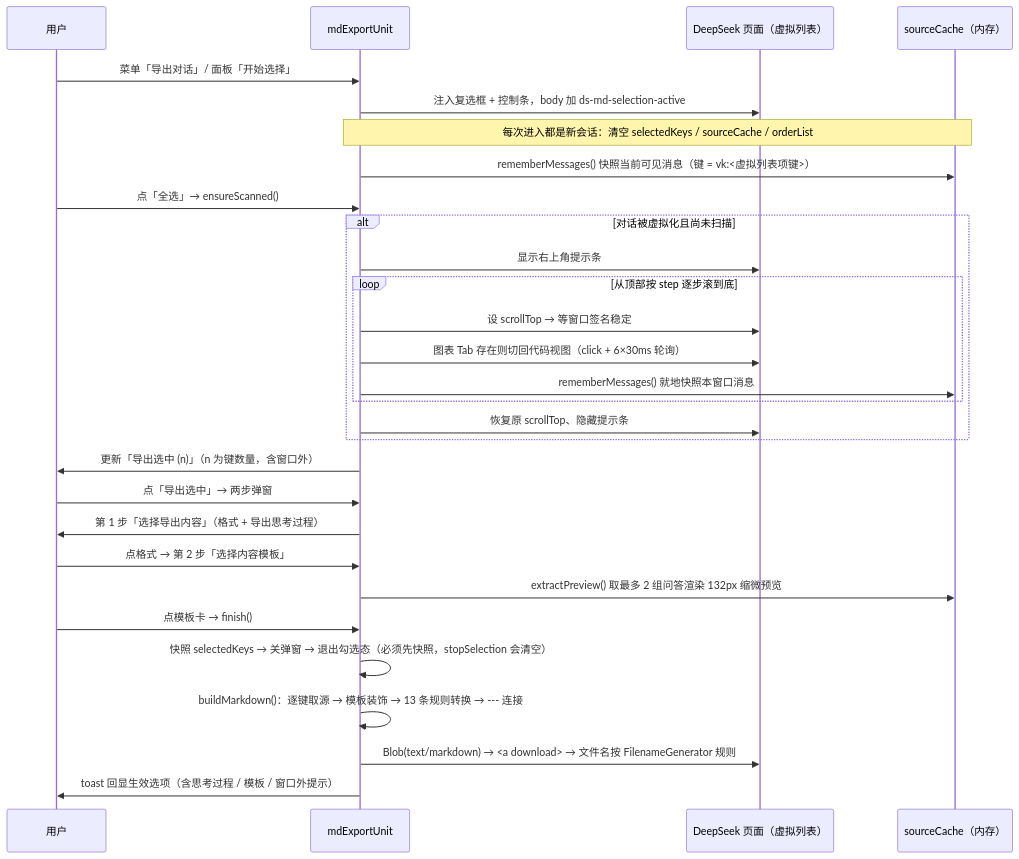
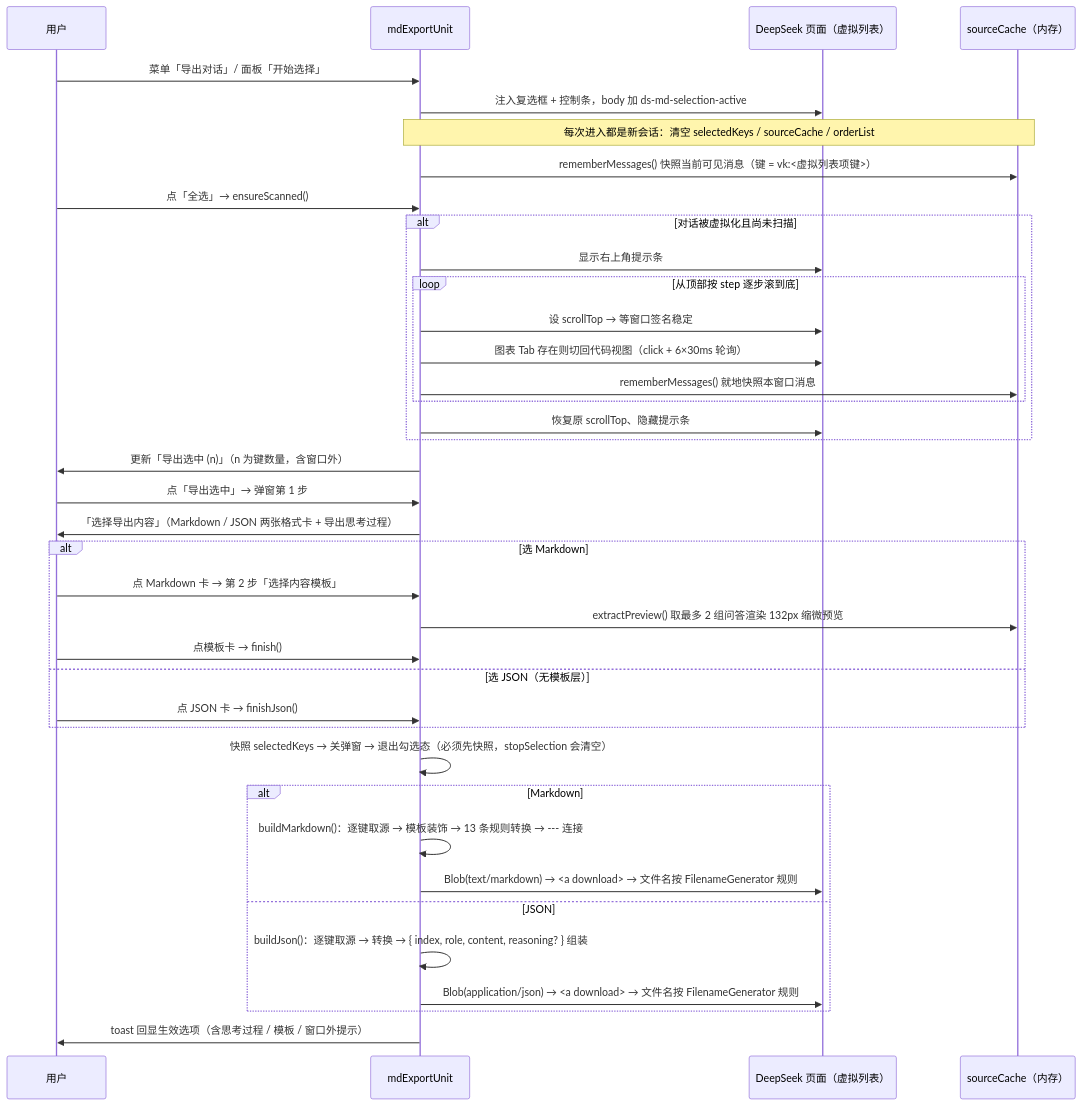
Before and after one commit to Chuc-Jie/deepseektool: the third of 4 diagrams in MAP.md, drawn with Mermaid. The commit also changed other lines of this file and 4 other files, not shown here.

````diff
--- a/MAP.md
+++ b/MAP.md
@@ -346,34 +367,43 @@
 ```mermaid
 sequenceDiagram
     participant U as 用户
     participant E as mdExportUnit
     participant P as DeepSeek 页面（虚拟列表）
     participant C as sourceCache（内存）
 
     U->>E: 菜单「导出对话」/ 面板「开始选择」
     E->>P: 注入复选框 + 控制条，body 加 ds-md-selection-active
     Note over E,C: 每次进入都是新会话：清空 selectedKeys / sourceCache / orderList
     E->>C: rememberMessages() 快照当前可见消息（键 = vk:<虚拟列表项键>）
 
     U->>E: 点「全选」→ ensureScanned()
     alt 对话被虚拟化且尚未扫描
         E->>P: 显示右上角提示条
         loop 从顶部按 step 逐步滚到底
             E->>P: 设 scrollTop → 等窗口签名稳定
             E->>P: 图表 Tab 存在则切回代码视图（click + 6×30ms 轮询）
             E->>C: rememberMessages() 就地快照本窗口消息
         end
         E->>P: 恢复原 scrollTop、隐藏提示条
     end
     E->>U: 更新「导出选中 (n)」（n 为键数量，含窗口外）
 
-    U->>E: 点「导出选中」→ 两步弹窗
-    E->>U: 第 1 步「选择导出内容」（格式 + 导出思考过程）
-    U->>E: 点格式 → 第 2 步「选择内容模板」
-    E->>C: extractPreview() 取最多 2 组问答渲染 132px 缩微预览
-    U->>E: 点模板卡 → finish()
+    U->>E: 点「导出选中」→ 弹窗第 1 步
+    E->>U: 「选择导出内容」（Markdown / JSON 两张格式卡 + 导出思考过程）
+    alt 选 Markdown
+        U->>E: 点 Markdown 卡 → 第 2 步「选择内容模板」
+        E->>C: extractPreview() 取最多 2 组问答渲染 132px 缩微预览
+        U->>E: 点模板卡 → finish()
+    else 选 JSON（无模板层）
+        U->>E: 点 JSON 卡 → finishJson()
+    end
     E->>E: 快照 selectedKeys → 关弹窗 → 退出勾选态（必须先快照，stopSelection 会清空）
-    E->>E: buildMarkdown()：逐键取源 → 模板装饰 → 13 条规则转换 → --- 连接
-    E->>P: Blob(text/markdown) → <a download> → 文件名按 FilenameGenerator 规则
+    alt Markdown
+        E->>E: buildMarkdown()：逐键取源 → 模板装饰 → 13 条规则转换 → --- 连接
+        E->>P: Blob(text/markdown) → <a download> → 文件名按 FilenameGenerator 规则
+    else JSON
+        E->>E: buildJson()：逐键取源 → 转换 → { index, role, content, reasoning? } 组装
+        E->>P: Blob(application/json) → <a download> → 文件名按 FilenameGenerator 规则
+    end
     E->>U: toast 回显生效选项（含思考过程 / 模板 / 窗口外提示）
 ```
````
